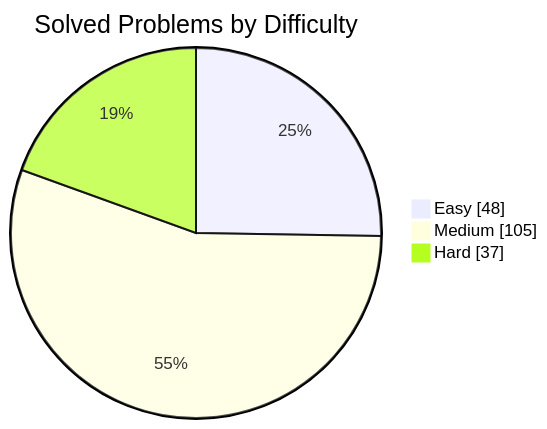
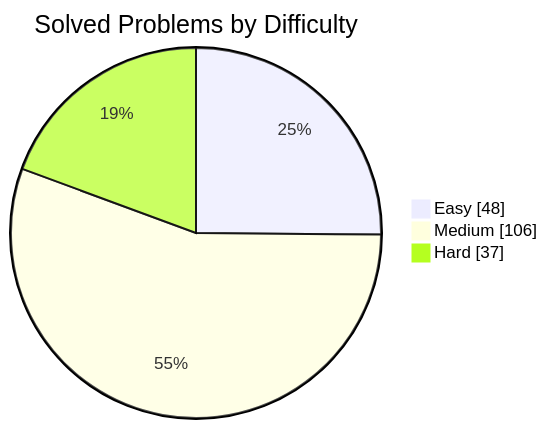
The first of 2 diagrams in README.md (manikantbindass/DSA-Preparation-FAANG), drawn with Mermaid before and after one commit. The commit also changed other lines of this file, not shown here.

````diff
--- a/README.md
+++ b/README.md
@@ -38,7 +38,7 @@
 ```mermaid
 pie showData
     title Solved Problems by Difficulty
     "Easy" : 48
-    "Medium" : 105
+    "Medium" : 106
     "Hard" : 37
 ```
````
